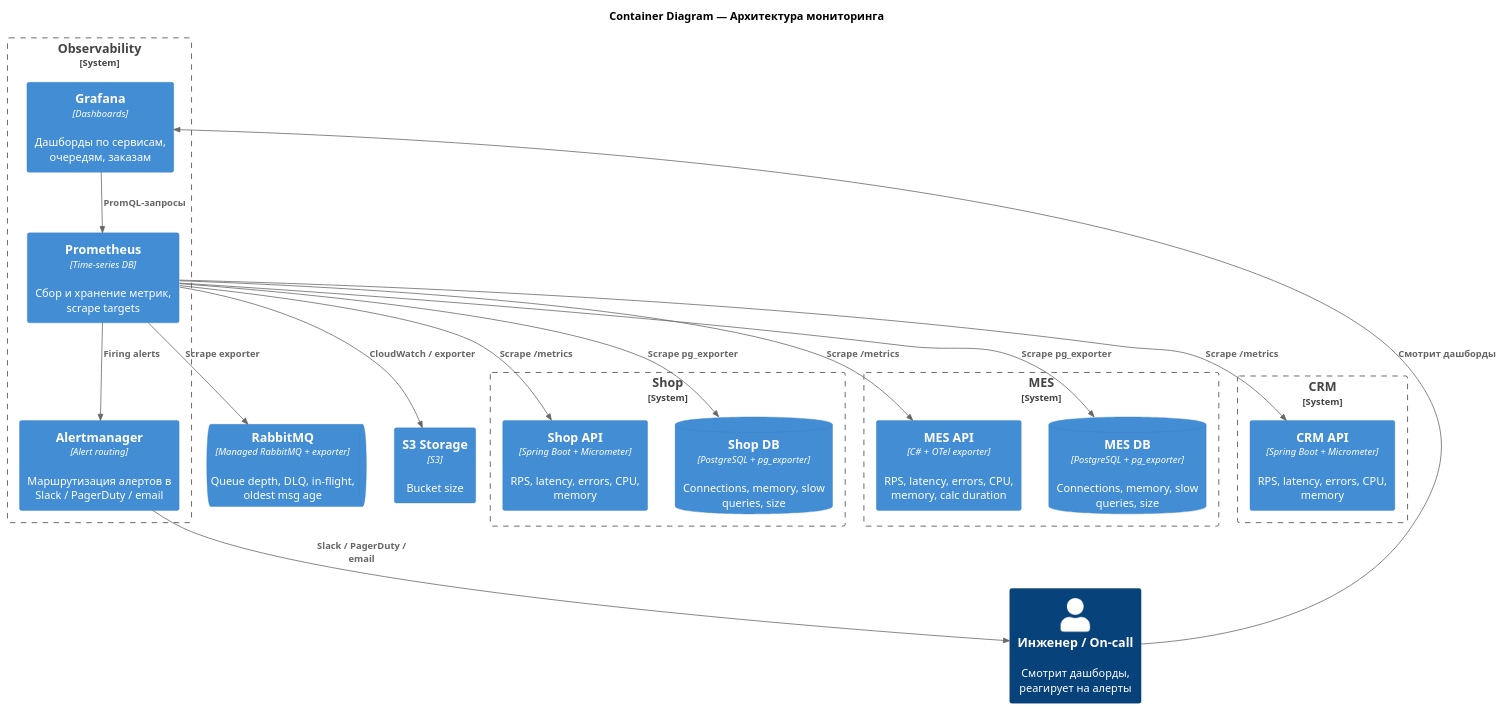
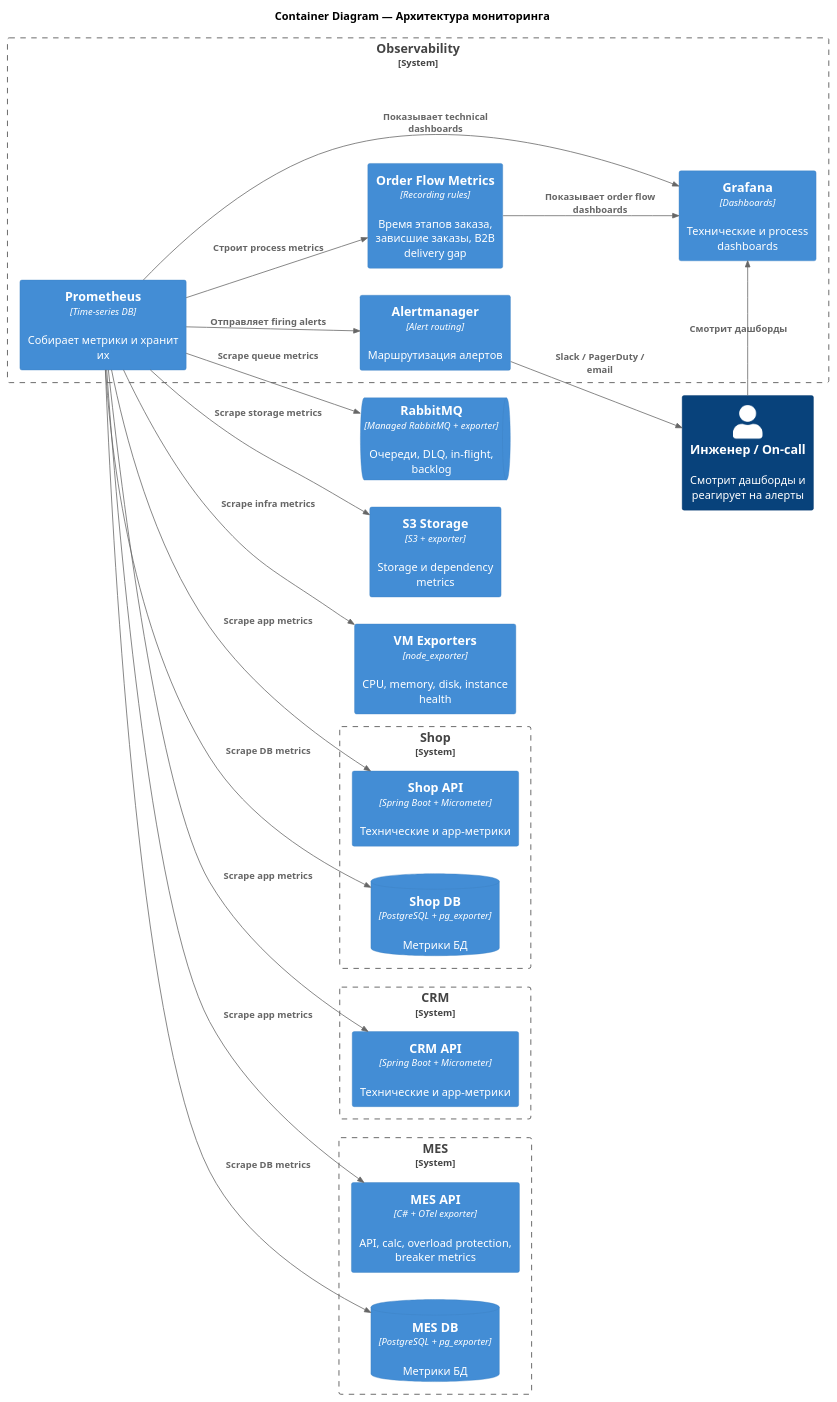
The diagram in Task2/monitoring_architecture.puml (astandrik/architecture-pro-alexandrite), drawn with PlantUML before and after one commit. The commit also changed 3 other files, not shown here.

```diff
--- a/Task2/monitoring_architecture.puml
+++ b/Task2/monitoring_architecture.puml
@@ -1,47 +1,52 @@
 @startuml monitoring_architecture
 !include https://raw.githubusercontent.com/plantuml-stdlib/C4-PlantUML/master/C4_Container.puml
 
 HIDE_STEREOTYPE()
+LAYOUT_LEFT_RIGHT()
 
 title Container Diagram — Архитектура мониторинга
 
-Person(engineer, "Инженер / On-call", "Смотрит дашборды, реагирует на алерты")
-
-System_Boundary(obs, "Observability") {
-    Container(prometheus, "Prometheus", "Time-series DB", "Сбор и хранение метрик, scrape targets")
-    Container(grafana, "Grafana", "Dashboards", "Дашборды по сервисам, очередям, заказам")
-    Container(alertmanager, "Alertmanager", "Alert routing", "Маршрутизация алертов в Slack / PagerDuty / email")
-}
+Person(engineer, "Инженер / On-call", "Смотрит дашборды и реагирует на алерты")
 
 System_Boundary(shop, "Shop") {
-    Container(shopApi, "Shop API", "Spring Boot + Micrometer", "RPS, latency, errors, CPU, memory")
-    ContainerDb(shopDb, "Shop DB", "PostgreSQL + pg_exporter", "Connections, memory, slow queries, size")
-}
-
-ContainerQueue(rabbitMQ, "RabbitMQ", "Managed RabbitMQ + exporter", "Queue depth, DLQ, in-flight, oldest msg age")
-
-System_Boundary(mes, "MES") {
-    Container(mesApi, "MES API", "C# + OTel exporter", "RPS, latency, errors, CPU, memory, calc duration")
-    ContainerDb(mesDb, "MES DB", "PostgreSQL + pg_exporter", "Connections, memory, slow queries, size")
+    Container(shopApi, "Shop API", "Spring Boot + Micrometer", "Технические и app-метрики")
+    ContainerDb(shopDb, "Shop DB", "PostgreSQL + pg_exporter", "Метрики БД")
 }
 
 System_Boundary(crm, "CRM") {
-    Container(crmApi, "CRM API", "Spring Boot + Micrometer", "RPS, latency, errors, CPU, memory")
+    Container(crmApi, "CRM API", "Spring Boot + Micrometer", "Технические и app-метрики")
 }
 
-Container(s3, "S3 Storage", "S3", "Bucket size")
+System_Boundary(mes, "MES") {
+    Container(mesApi, "MES API", "C# + OTel exporter", "API, calc, overload protection, breaker metrics")
+    ContainerDb(mesDb, "MES DB", "PostgreSQL + pg_exporter", "Метрики БД")
+}
 
-Rel(prometheus, shopApi, "Scrape /metrics")
-Rel(prometheus, crmApi, "Scrape /metrics")
-Rel(prometheus, mesApi, "Scrape /metrics")
-Rel(prometheus, rabbitMQ, "Scrape exporter")
-Rel(prometheus, shopDb, "Scrape pg_exporter")
-Rel(prometheus, mesDb, "Scrape pg_exporter")
-Rel(prometheus, s3, "CloudWatch / exporter")
+ContainerQueue(rabbitMQ, "RabbitMQ", "Managed RabbitMQ + exporter", "Очереди, DLQ, in-flight, backlog")
+Container(s3, "S3 Storage", "S3 + exporter", "Storage и dependency metrics")
+Container(nodeMetrics, "VM Exporters", "node_exporter", "CPU, memory, disk, instance health")
 
-Rel(prometheus, alertmanager, "Firing alerts")
+System_Boundary(obs, "Observability") {
+    Container(prometheus, "Prometheus", "Time-series DB", "Собирает метрики и хранит их")
+    Container(flowMetrics, "Order Flow Metrics", "Recording rules", "Время этапов заказа, зависшие заказы, B2B delivery gap")
+    Container(grafana, "Grafana", "Dashboards", "Технические и process dashboards")
+    Container(alertmanager, "Alertmanager", "Alert routing", "Маршрутизация алертов")
+}
+
+Rel(prometheus, shopApi, "Scrape app metrics")
+Rel(prometheus, shopDb, "Scrape DB metrics")
+Rel(prometheus, crmApi, "Scrape app metrics")
+Rel(prometheus, mesApi, "Scrape app metrics")
+Rel(prometheus, mesDb, "Scrape DB metrics")
+Rel(prometheus, rabbitMQ, "Scrape queue metrics")
+Rel(prometheus, s3, "Scrape storage metrics")
+Rel(prometheus, nodeMetrics, "Scrape infra metrics")
+
+Rel(prometheus, flowMetrics, "Строит process metrics")
+Rel(flowMetrics, grafana, "Показывает order flow dashboards")
+Rel(prometheus, grafana, "Показывает technical dashboards")
+Rel(prometheus, alertmanager, "Отправляет firing alerts")
 Rel(alertmanager, engineer, "Slack / PagerDuty / email")
 Rel(engineer, grafana, "Смотрит дашборды")
-Rel(grafana, prometheus, "PromQL-запросы")
 
 @enduml
```
